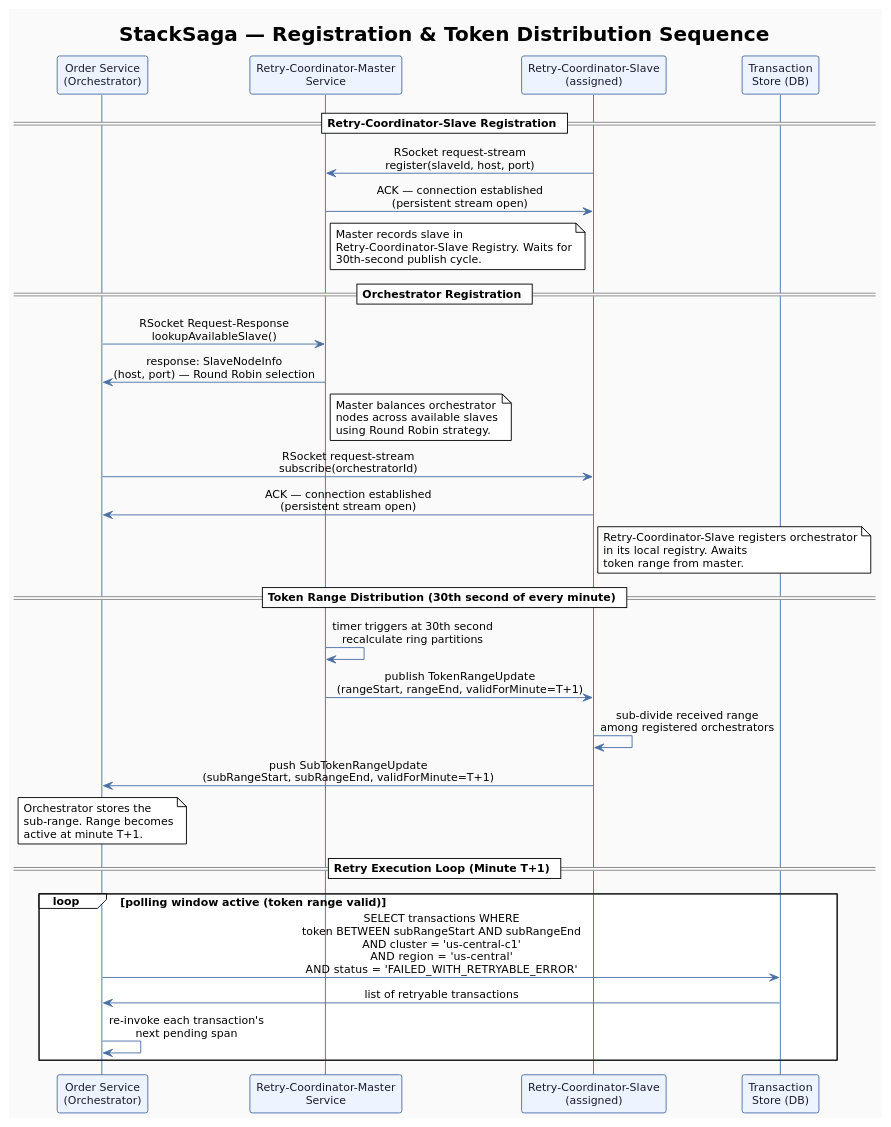
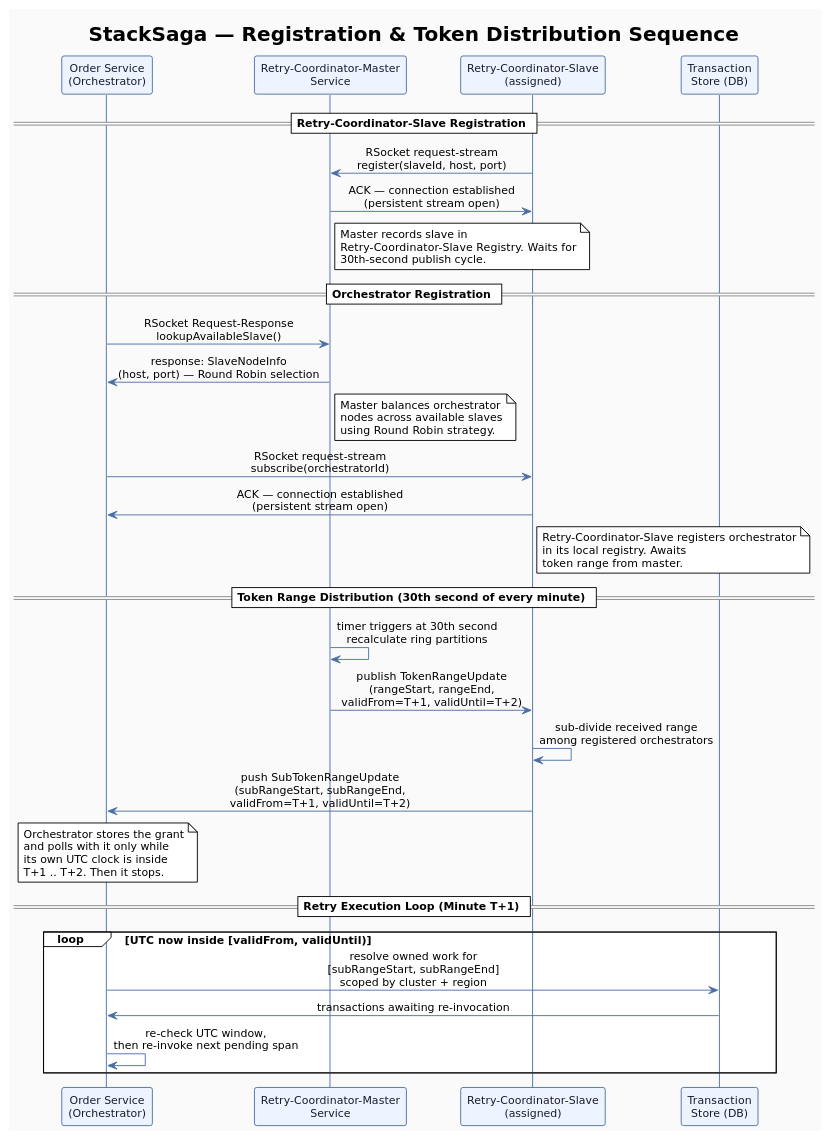
One commit to stacksaga/stacksaga-docs changed the diagram in docs/modules/retry-ring-coordinator/pages/transaction-retrying-with-retry-coordinator.adoc. Above: the diagram before and after it, drawn with PlantUML. The commit also changed other lines of this file and 6 other files, not shown here.

```diff
--- a/docs/modules/retry-ring-coordinator/pages/transaction-retrying-with-retry-coordinator.adoc
+++ b/docs/modules/retry-ring-coordinator/pages/transaction-retrying-with-retry-coordinator.adoc
@@ -406,77 +479,78 @@
 [plantuml,target=registration-sequence,format=svg]
 ----
 @startuml registration-sequence
 !theme plain
 skinparam backgroundColor #FAFAFA
 skinparam defaultFontName "DejaVu Sans"
 skinparam defaultFontSize 12
 skinparam sequenceMessageAlign center
 
 skinparam participant {
   BackgroundColor #EEF4FF
   BorderColor #4A6FA5
   FontColor #1A1A2E
 }
 
 skinparam sequence {
   ArrowColor #4A6FA5
   LifeLineBorderColor #4A6FA5
   LifeLineBackgroundColor #EEF4FF
   NoteBackgroundColor #FFF9E6
   NoteBorderColor #E0A800
 }
 
 title <b>StackSaga — Registration & Token Distribution Sequence</b>
 
 participant "Order Service\n(Orchestrator)" as orc
 participant "Retry-Coordinator-Master\nService" as master
 participant "Retry-Coordinator-Slave\n(assigned)" as slave
 participant "Transaction\nStore (DB)" as db
 
 == Retry-Coordinator-Slave Registration ==
 slave -> master : RSocket request-stream\nregister(slaveId, host, port)
 master -> slave : ACK — connection established\n(persistent stream open)
 note right of master
   Master records slave in
   Retry-Coordinator-Slave Registry. Waits for
   30th-second publish cycle.
 end note
 
 == Orchestrator Registration ==
 orc -> master : RSocket Request-Response\nlookupAvailableSlave()
 master -> orc : response: SlaveNodeInfo\n(host, port) — Round Robin selection
 note right of master
   Master balances orchestrator
   nodes across available slaves
   using Round Robin strategy.
 end note
 
 orc -> slave : RSocket request-stream\nsubscribe(orchestratorId)
 slave -> orc : ACK — connection established\n(persistent stream open)
 note right of slave
   Retry-Coordinator-Slave registers orchestrator
   in its local registry. Awaits
   token range from master.
 end note
 
 == Token Range Distribution (30th second of every minute) ==
 master -> master : timer triggers at 30th second\nrecalculate ring partitions
-master -> slave : publish TokenRangeUpdate\n(rangeStart, rangeEnd, validForMinute=T+1)
+master -> slave : publish TokenRangeUpdate\n(rangeStart, rangeEnd,\nvalidFrom=T+1, validUntil=T+2)
 slave -> slave : sub-divide received range\namong registered orchestrators
-slave -> orc : push SubTokenRangeUpdate\n(subRangeStart, subRangeEnd, validForMinute=T+1)
+slave -> orc : push SubTokenRangeUpdate\n(subRangeStart, subRangeEnd,\nvalidFrom=T+1, validUntil=T+2)
 
 note over orc
-  Orchestrator stores the
-  sub-range. Range becomes
-  active at minute T+1.
+  Orchestrator stores the grant
+  and polls with it only while
+  its own UTC clock is inside
+  T+1 .. T+2. Then it stops.
 end note
 
 == Retry Execution Loop (Minute T+1) ==
-loop polling window active (token range valid)
-  orc -> db : SELECT transactions WHERE\ntoken BETWEEN subRangeStart AND subRangeEnd\nAND cluster = 'us-central-c1'\nAND region  = 'us-central'\nAND status  = 'FAILED_WITH_RETRYABLE_ERROR'
-  db -> orc : list of retryable transactions
-  orc -> orc : re-invoke each transaction's\nnext pending span
+loop UTC now inside [validFrom, validUntil)
+  orc -> db : resolve owned work for\n[subRangeStart, subRangeEnd]\nscoped by cluster + region
+  db -> orc : transactions awaiting re-invocation
+  orc -> orc : re-check UTC window,\nthen re-invoke next pending span
 end
 
 @enduml
 ----
```
